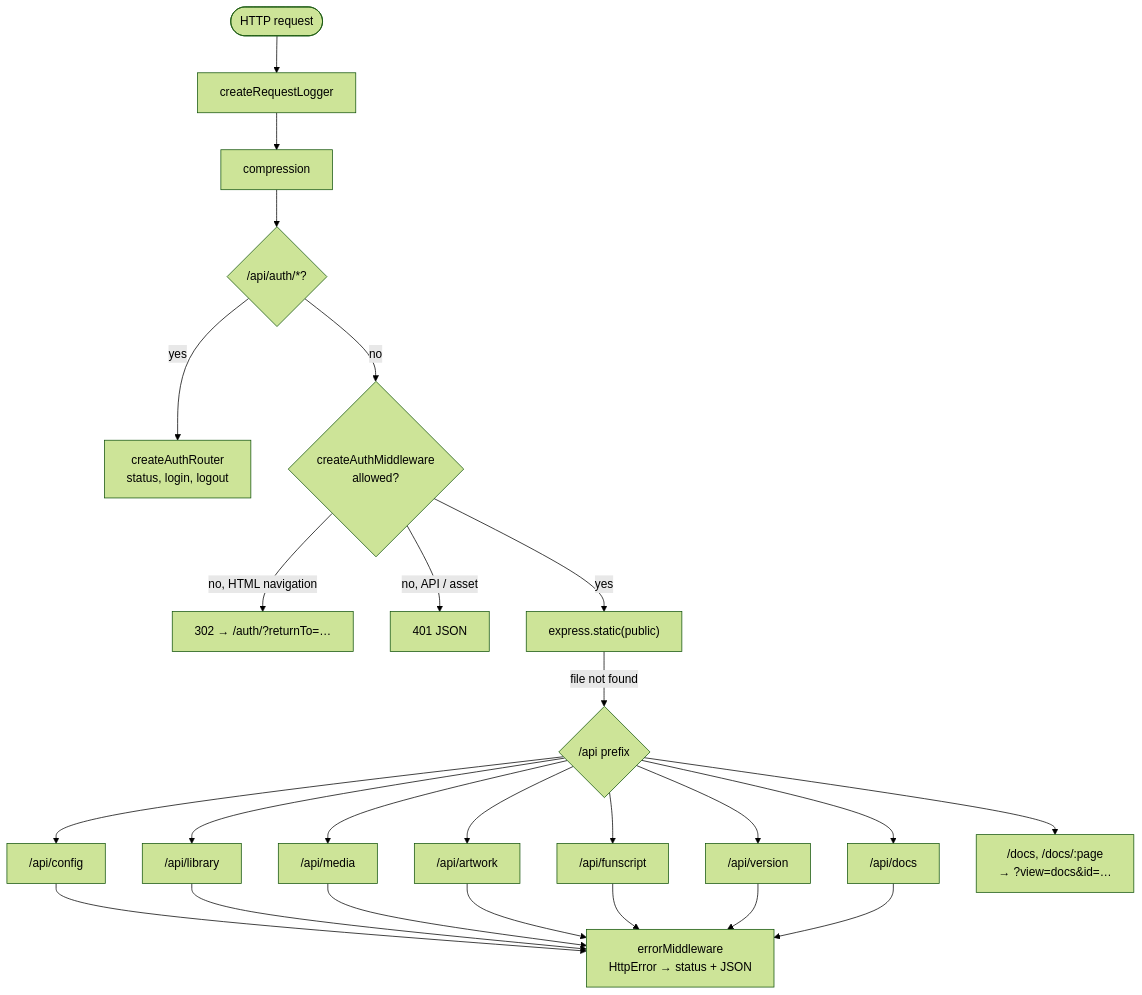
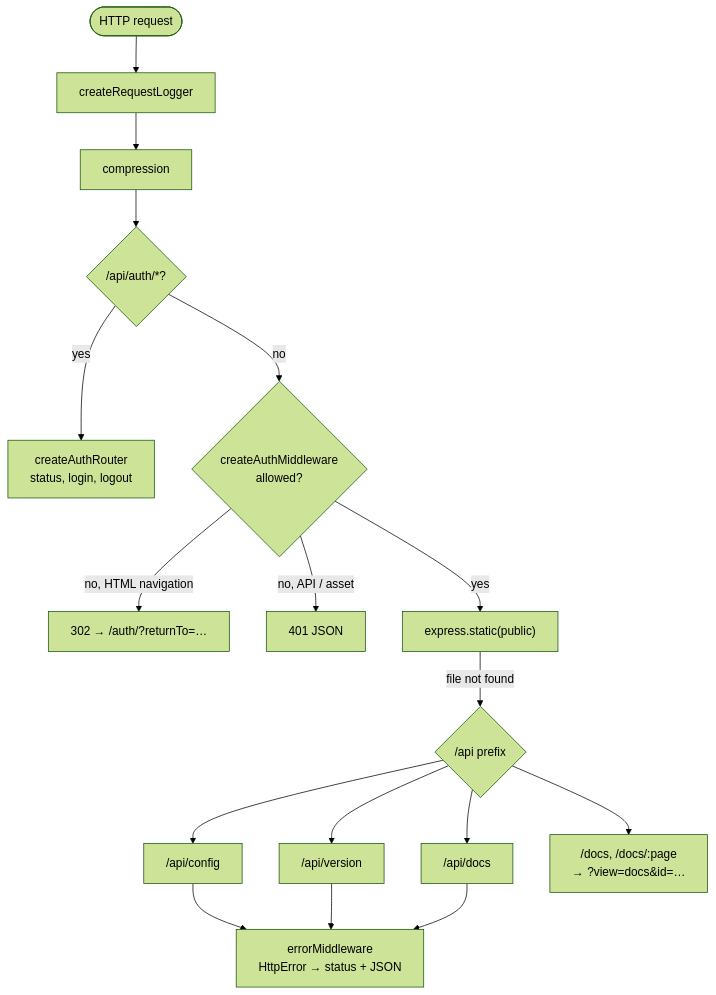
Before and after one commit to lumbar-spine-support/docker-haptic-player: the third of 4 diagrams in docs/developer/server.md, drawn with Mermaid (forest theme). The commit also changed other lines of this file and 16 other files, not shown here.

First line of the commit message:
docs: describe the Jellyfin-backed architecture

````diff
--- a/docs/developer/server.md
+++ b/docs/developer/server.md
@@ -44,21 +42,17 @@
 ```mermaid
 flowchart TD
   Req(["HTTP request"]) --> Log["createRequestLogger"]
   Log --> Comp["compression"]
   Comp --> AuthR{"/api/auth/*?"}
   AuthR -- yes --> AuthRouter["createAuthRouter<br/>status, login, logout"]
   AuthR -- no --> Gate{"createAuthMiddleware<br/>allowed?"}
   Gate -- "no, HTML navigation" --> Redirect["302 → /auth/?returnTo=…"]
   Gate -- "no, API / asset" --> U401["401 JSON"]
   Gate -- yes --> Static["express.static(public)"]
   Static -- "file not found" --> Api{"/api prefix"}
   Api --> Config["/api/config"]
-  Api --> Lib["/api/library"]
-  Api --> Media["/api/media"]
-  Api --> Art["/api/artwork"]
-  Api --> Fun["/api/funscript"]
   Api --> Ver["/api/version"]
   Api --> DocsR["/api/docs"]
   Api --> DocsRedirect["/docs, /docs/:page<br/>→ ?view=docs&id=…"]
-  Config & Lib & Media & Art & Fun & Ver & DocsR --> Err["errorMiddleware<br/>HttpError → status + JSON"]
+  Config & Ver & DocsR --> Err["errorMiddleware<br/>HttpError → status + JSON"]
 ```
````
